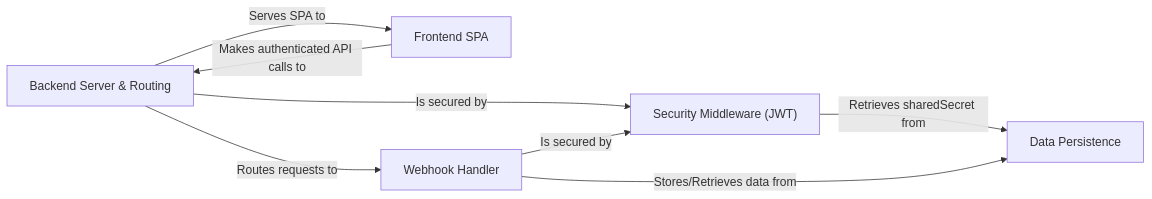
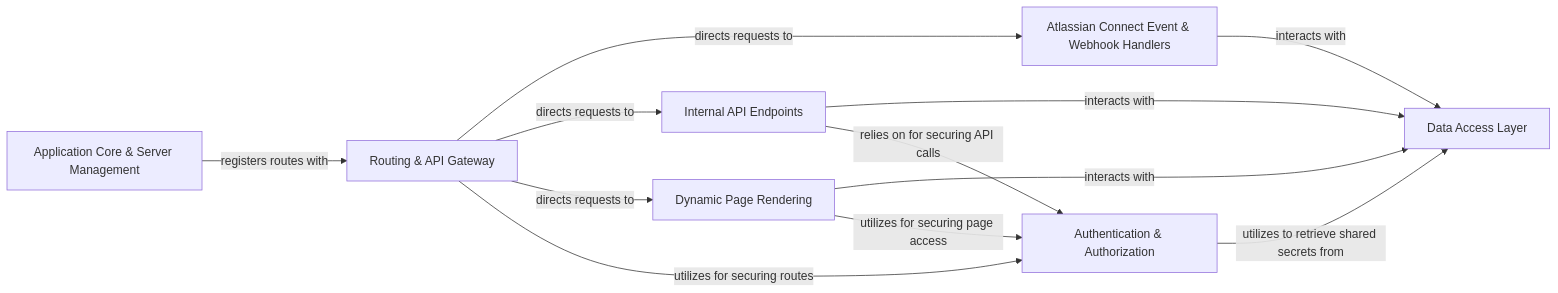
One commit to CodeBoarding/GeneratedOnBoardings changed the diagram in atlassian-connect-example-app-node/on_boarding.md. Above: the diagram before and after it, drawn with Mermaid. The commit also changed other lines of this file, not shown here.

Commit message:
Uploading onboarding materials for atlassian-connect-example-app-node

````diff
--- a/atlassian-connect-example-app-node/on_boarding.md
+++ b/atlassian-connect-example-app-node/on_boarding.md
@@ -1,15 +1,21 @@
 ```mermaid
 graph LR
-    Backend_Server_Routing["Backend Server & Routing"]
-    Frontend_SPA["Frontend SPA"]
-    Webhook_Handler["Webhook Handler"]
-    Security_Middleware_JWT_["Security Middleware (JWT)"]
-    Data_Persistence["Data Persistence"]
-    Backend_Server_Routing -- "Routes requests to" --> Webhook_Handler
-    Backend_Server_Routing -- "Serves SPA to" --> Frontend_SPA
-    Frontend_SPA -- "Makes authenticated API calls to" --> Backend_Server_Routing
-    Backend_Server_Routing -- "Is secured by" --> Security_Middleware_JWT_
-    Webhook_Handler -- "Is secured by" --> Security_Middleware_JWT_
-    Security_Middleware_JWT_ -- "Retrieves sharedSecret from" --> Data_Persistence
-    Webhook_Handler -- "Stores/Retrieves data from" --> Data_Persistence
+    Application_Core_Server_Management["Application Core & Server Management"]
+    Data_Access_Layer["Data Access Layer"]
+    Authentication_Authorization["Authentication & Authorization"]
+    Routing_API_Gateway["Routing & API Gateway"]
+    Atlassian_Connect_Event_Webhook_Handlers["Atlassian Connect Event & Webhook Handlers"]
+    Internal_API_Endpoints["Internal API Endpoints"]
+    Dynamic_Page_Rendering["Dynamic Page Rendering"]
+    Application_Core_Server_Management -- "registers routes with" --> Routing_API_Gateway
+    Routing_API_Gateway -- "directs requests to" --> Atlassian_Connect_Event_Webhook_Handlers
+    Routing_API_Gateway -- "directs requests to" --> Internal_API_Endpoints
+    Routing_API_Gateway -- "directs requests to" --> Dynamic_Page_Rendering
+    Routing_API_Gateway -- "utilizes for securing routes" --> Authentication_Authorization
+    Atlassian_Connect_Event_Webhook_Handlers -- "interacts with" --> Data_Access_Layer
+    Internal_API_Endpoints -- "interacts with" --> Data_Access_Layer
+    Internal_API_Endpoints -- "relies on for securing API calls" --> Authentication_Authorization
+    Dynamic_Page_Rendering -- "interacts with" --> Data_Access_Layer
+    Dynamic_Page_Rendering -- "utilizes for securing page access" --> Authentication_Authorization
+    Authentication_Authorization -- "utilizes to retrieve shared secrets from" --> Data_Access_Layer
 ```
````
